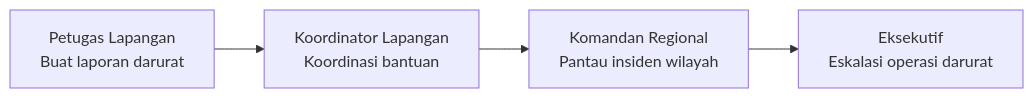
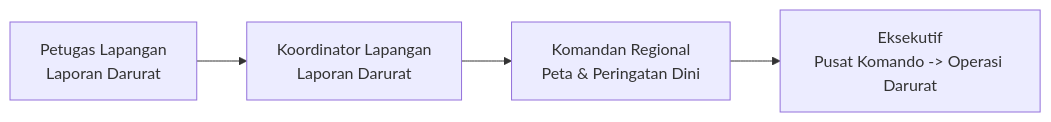
The tenth of 11 diagrams in docs/laporan-dokumentasi-menu-dan-alur-pemeriksaan-sistem.md (ATIOSLab/Dens-Cakra), drawn with Mermaid before and after one commit. The commit also changed other lines of this file and 6 other files, not shown here.

````diff
--- a/docs/laporan-dokumentasi-menu-dan-alur-pemeriksaan-sistem.md
+++ b/docs/laporan-dokumentasi-menu-dan-alur-pemeriksaan-sistem.md
@@ -319,6 +362,6 @@
 ```mermaid
 flowchart LR
-    FO["Petugas Lapangan\nBuat laporan darurat"] --> FC["Koordinator Lapangan\nKoordinasi bantuan"]
-    FC --> RC["Komandan Regional\nPantau insiden wilayah"]
-    RC --> EX["Eksekutif\nEskalasi operasi darurat"]
+    FO["Petugas Lapangan<br/>Laporan Darurat"] --> FC["Koordinator Lapangan<br/>Laporan Darurat"]
+    FC --> RC["Komandan Regional<br/>Peta & Peringatan Dini"]
+    RC --> EX["Eksekutif<br/>Pusat Komando -> Operasi Darurat"]
 ```
````
